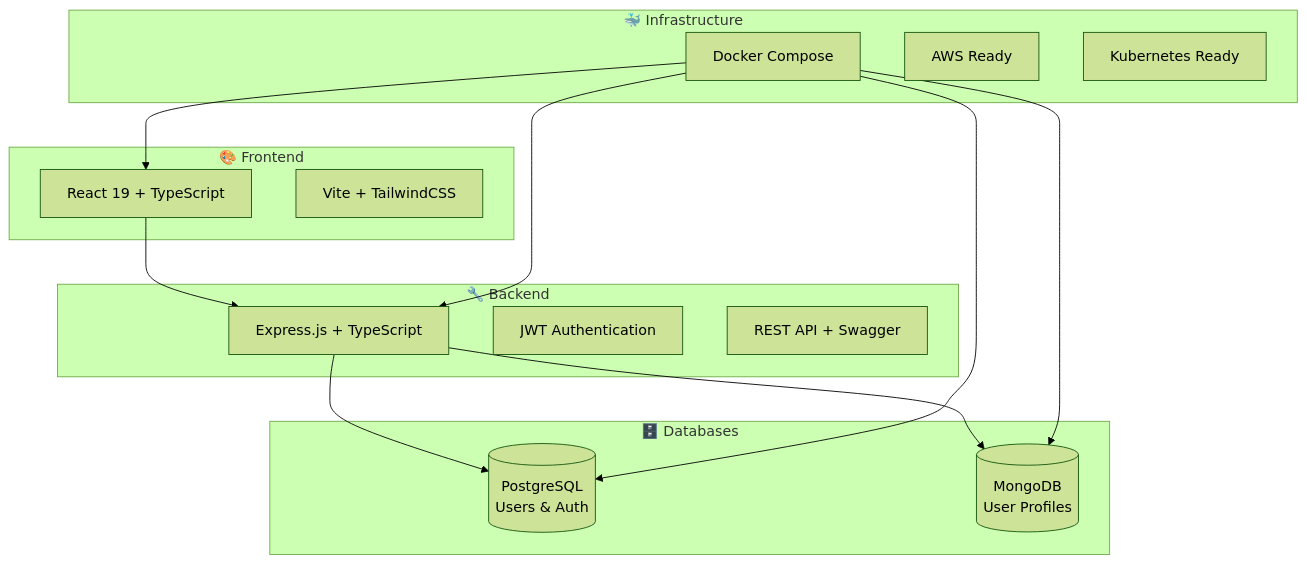
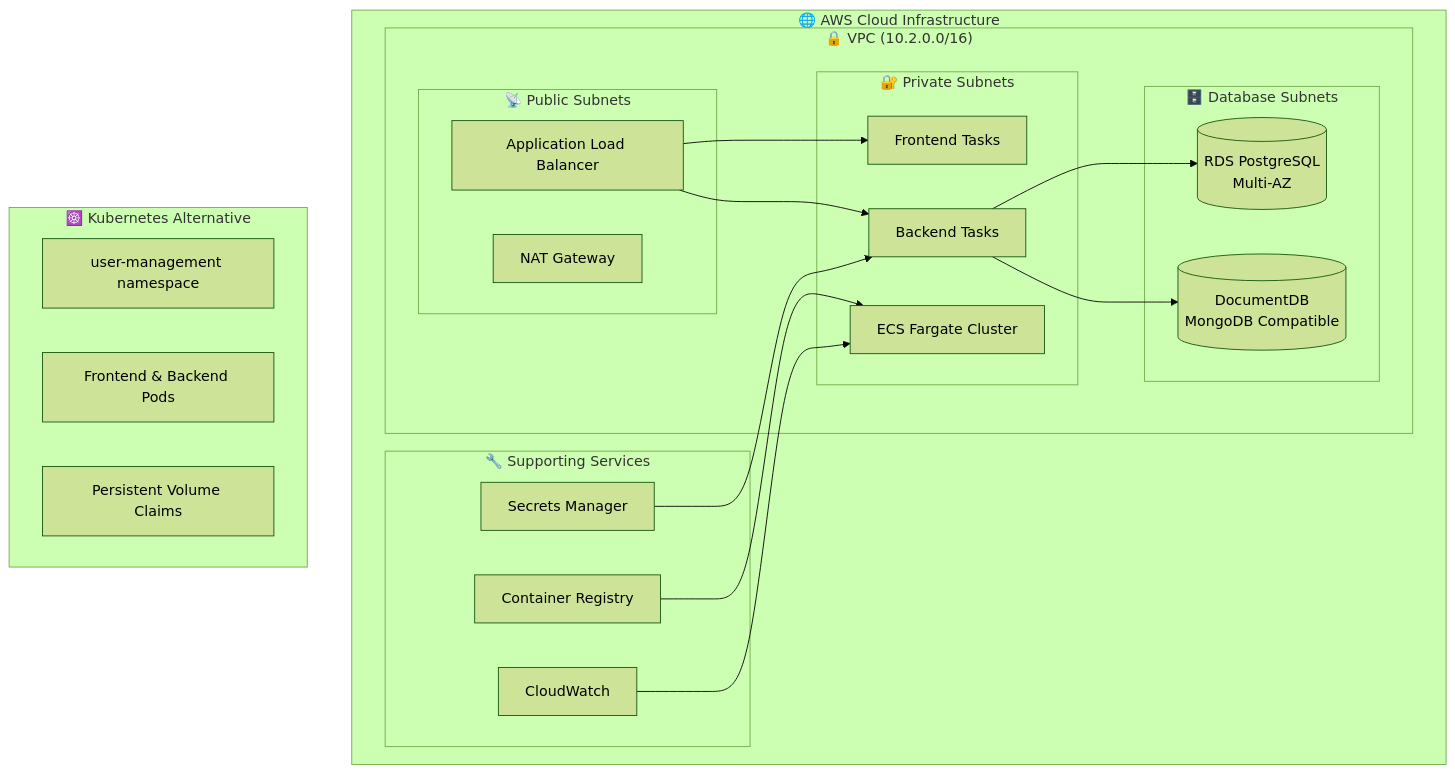
The first of 6 diagrams in README.md (aathil-ali/User-Management), drawn with Mermaid (forest theme) before and after one commit. The commit also changed other lines of this file and 2 other files, not shown here.

````diff
--- a/README.md
+++ b/README.md
@@ -32,32 +36,42 @@
 ```mermaid
 graph TB
-    subgraph "🎨 Frontend"
-        REACT[React 19 + TypeScript]
-        VITE[Vite + TailwindCSS]
+    subgraph "🌐 AWS Cloud Infrastructure"
+        subgraph "🔒 VPC (10.2.0.0/16)"
+            subgraph "📡 Public Subnets"
+                ALB[Application Load Balancer]
+                NAT[NAT Gateway]
+            end
+            
+            subgraph "🔐 Private Subnets"
+                ECS[ECS Fargate Cluster]
+                FE[Frontend Tasks]
+                BE[Backend Tasks]
+            end
+            
+            subgraph "🗄️ Database Subnets"
+                RDS[(RDS PostgreSQL<br/>Multi-AZ)]
+                DOC[(DocumentDB<br/>MongoDB Compatible)]
+            end
+        end
+        
+        subgraph "🔧 Supporting Services"
+            ECR[Container Registry]
+            SECRETS[Secrets Manager]
+            CW[CloudWatch]
+        end
     end
 
-    subgraph "🔧 Backend"
-        EXPRESS[Express.js + TypeScript]
-        AUTH[JWT Authentication]
-        API[REST API + Swagger]
+    subgraph "☸️ Kubernetes Alternative"
+        K8S_NS[user-management namespace]
+        K8S_PODS[Frontend & Backend Pods]
+        K8S_PVC[Persistent Volume Claims]
     end
 
-    subgraph "🗄️ Databases"
-        PG[(PostgreSQL<br/>Users & Auth)]
-        MONGO[(MongoDB<br/>User Profiles)]
-    end
-
-    subgraph "🐳 Infrastructure"
-        DOCKER[Docker Compose]
-        AWS[AWS Ready]
-        K8S[Kubernetes Ready]
-    end
-
-    REACT --> EXPRESS
-    EXPRESS --> PG
-    EXPRESS --> MONGO
-    DOCKER --> REACT
-    DOCKER --> EXPRESS
-    DOCKER --> PG
-    DOCKER --> MONGO
+    ALB --> FE
+    ALB --> BE
+    BE --> RDS
+    BE --> DOC
+    ECR --> ECS
+    SECRETS --> BE
+    CW --> ECS
 ```
````
